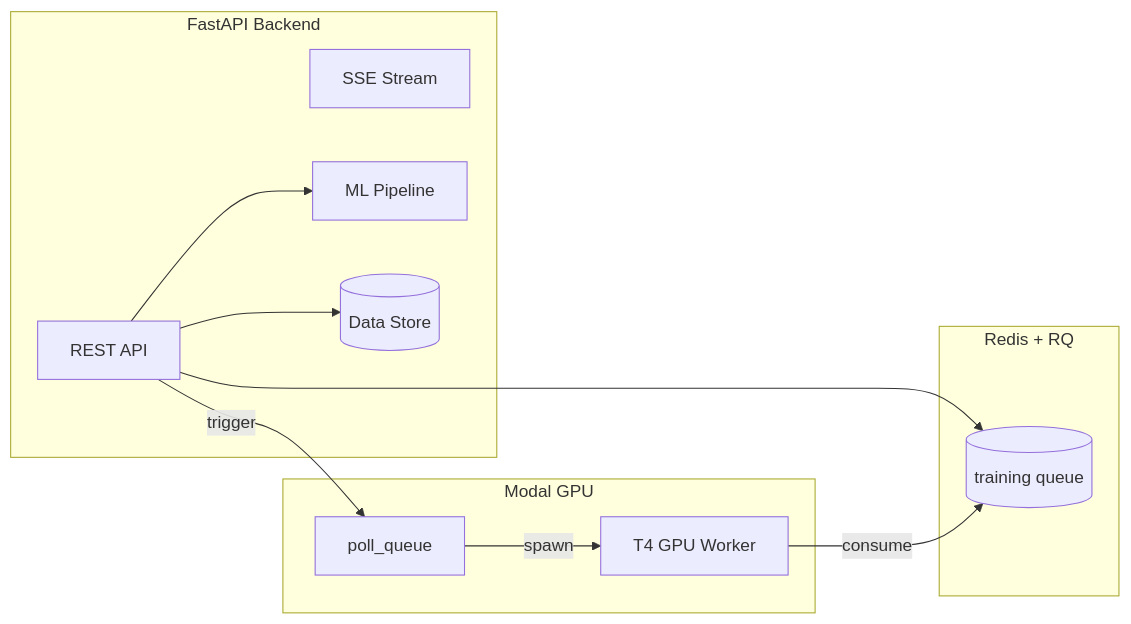
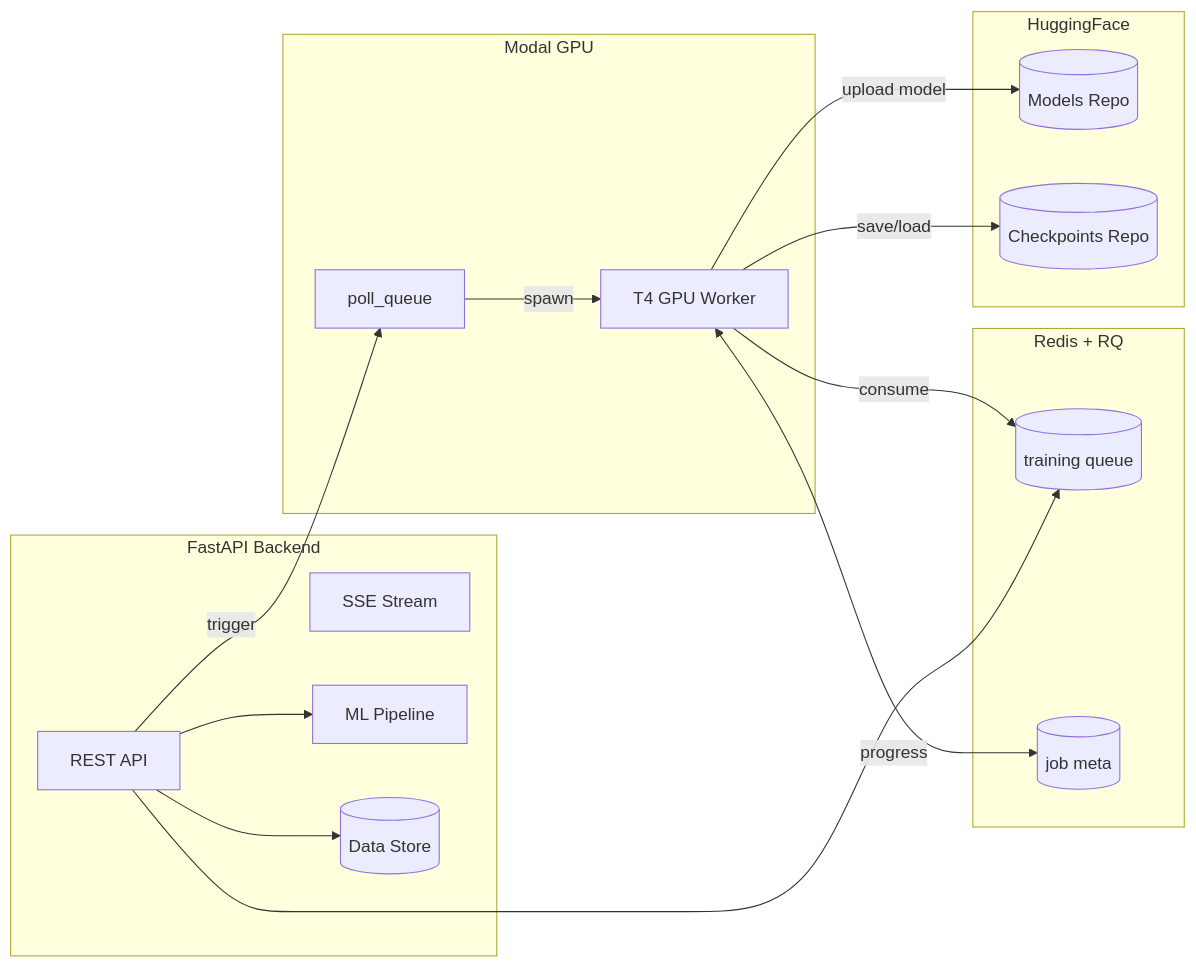
Before and after one commit to Northeastern-Research-ORNL-1/pyreflect-interface: the second of 10 diagrams in README.md, drawn with Mermaid. The commit also changed other lines of this file and 1 other file, not shown here.

````diff
--- a/README.md
+++ b/README.md
@@ -93,25 +95,34 @@
 ```mermaid
 flowchart LR
     subgraph Backend["FastAPI Backend"]
         API[REST API]
         SSE[SSE Stream]
         Pipeline[ML Pipeline]
         DataStore[(Data Store)]
     end
 
     subgraph Queue["Redis + RQ"]
         RQ[(training queue)]
+        Meta[(job meta)]
     end
 
     subgraph Modal["Modal GPU"]
         Poller[poll_queue]
         Worker[T4 GPU Worker]
     end
 
+    subgraph Checkpoints["HuggingFace"]
+        HFModels[(Models Repo)]
+        HFCheckpoints[(Checkpoints Repo)]
+    end
+
     API --> RQ
     API -->|trigger| Poller
     Poller -->|spawn| Worker
     Worker -->|consume| RQ
+    Worker -->|save/load| HFCheckpoints
+    Worker -->|upload model| HFModels
+    Worker <-->|progress| Meta
     API --> Pipeline
     API --> DataStore
 ```
````
